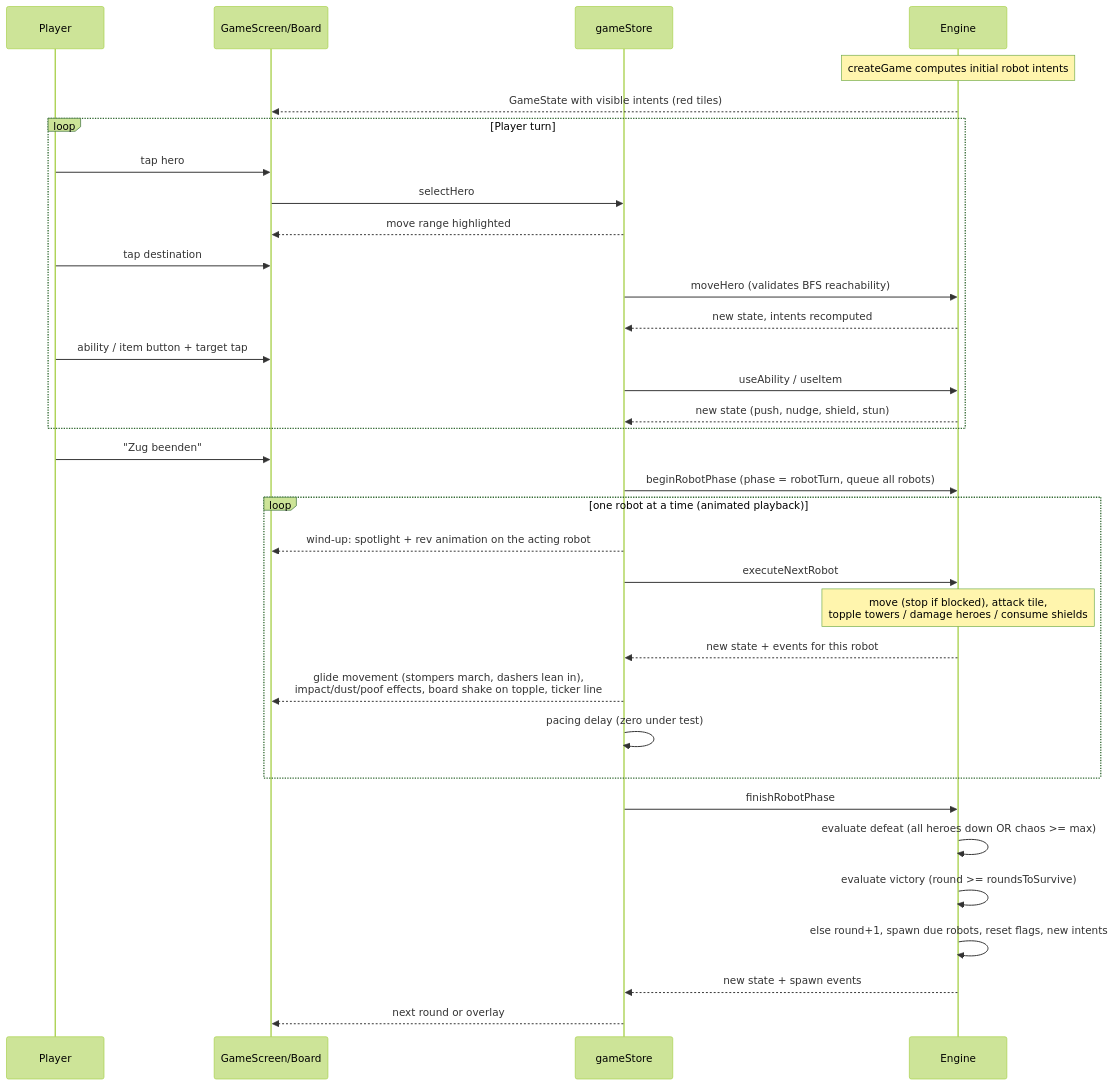
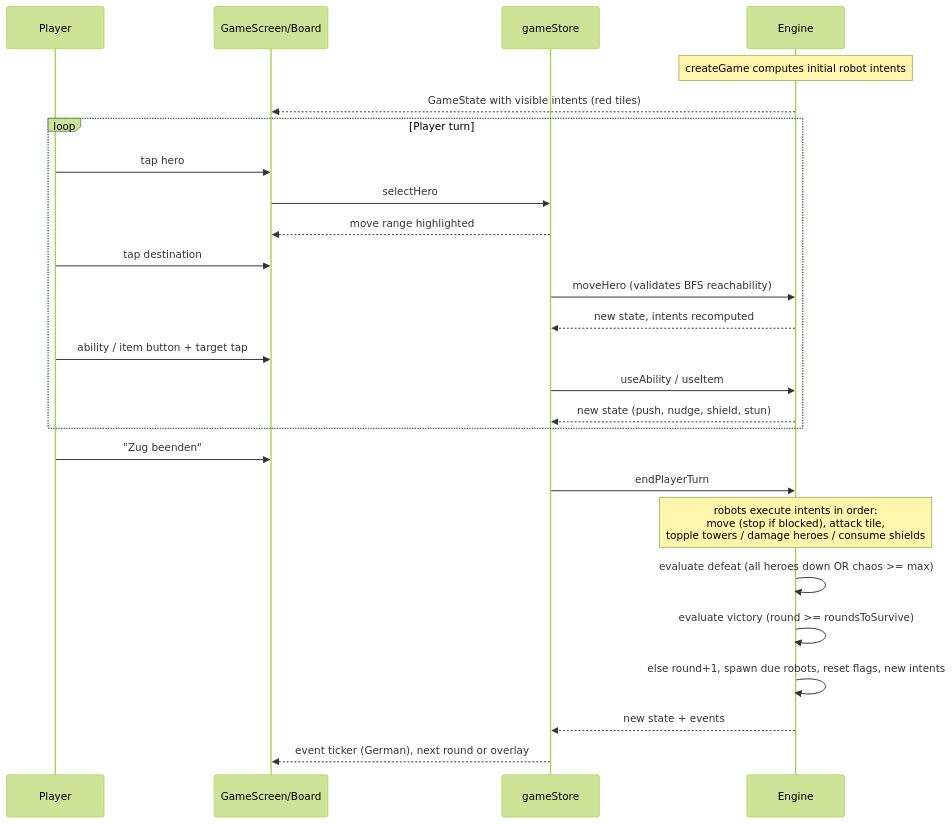
The diagram in doc/arc42/06_runtime_view.md (MarkDrei/Pet-s-Alliance), drawn with Mermaid (forest theme) before and after one commit. The commit also changed other lines of this file and 15 other files, not shown here.

````diff
--- a/doc/arc42/06_runtime_view.md
+++ b/doc/arc42/06_runtime_view.md
@@ -5,37 +5,29 @@
 ```mermaid
 sequenceDiagram
     participant P as Player
     participant UI as GameScreen/Board
     participant S as gameStore
     participant E as Engine
 
     Note over E: createGame computes initial robot intents
     E-->>UI: GameState with visible intents (red tiles)
     loop Player turn
         P->>UI: tap hero
         UI->>S: selectHero
         S-->>UI: move range highlighted
         P->>UI: tap destination
         S->>E: moveHero (validates BFS reachability)
         E-->>S: new state, intents recomputed
         P->>UI: ability / item button + target tap
         S->>E: useAbility / useItem
         E-->>S: new state (push, nudge, shield, stun)
     end
     P->>UI: "Zug beenden"
-    S->>E: beginRobotPhase (phase = robotTurn, queue all robots)
-    loop one robot at a time (animated playback)
-        S-->>UI: wind-up: spotlight + rev animation on the acting robot
-        S->>E: executeNextRobot
-        Note over E: move (stop if blocked), attack tile,<br/>topple towers / damage heroes / consume shields
-        E-->>S: new state + events for this robot
-        S-->>UI: glide movement (stompers march, dashers lean in),<br/>impact/dust/poof effects, board shake on topple, ticker line
-        S->>S: pacing delay (zero under test)
-    end
-    S->>E: finishRobotPhase
+    S->>E: endPlayerTurn
+    Note over E: robots execute intents in order:<br/>move (stop if blocked), attack tile,<br/>topple towers / damage heroes / consume shields
     E->>E: evaluate defeat (all heroes down OR chaos >= max)
     E->>E: evaluate victory (round >= roundsToSurvive)
     E->>E: else round+1, spawn due robots, reset flags, new intents
-    E-->>S: new state + spawn events
-    S-->>UI: next round or overlay
+    E-->>S: new state + events
+    S-->>UI: event ticker (German), next round or overlay
 ```
````
